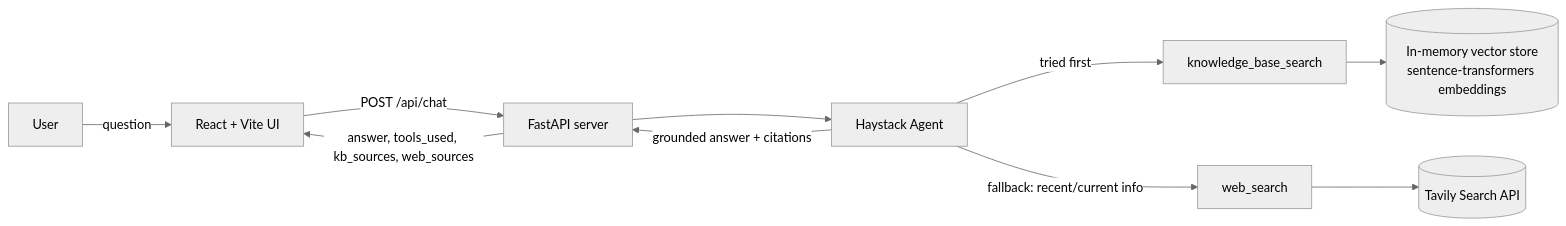
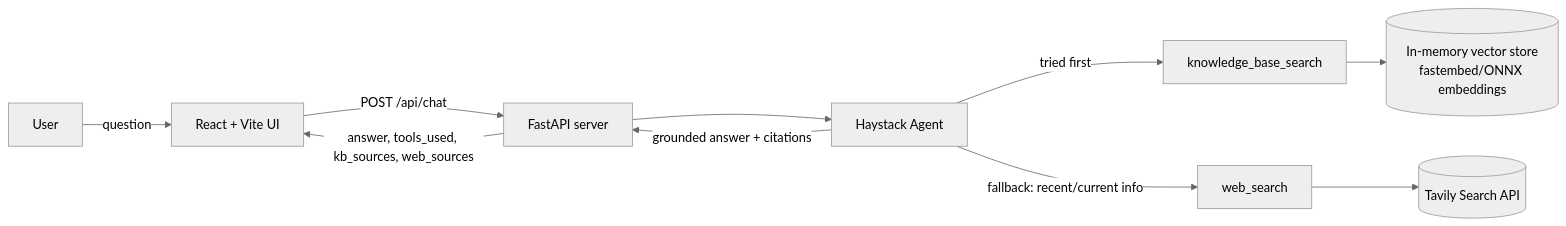
One commit to Vivek151003/agentic-rag-web-assistant changed the diagram in README.md. Above: the diagram before and after it, drawn with Mermaid (neutral theme). The commit also changed other lines of this file and 6 other files, not shown here.

First line of the commit message:
Replace torch-based embeddings with fastembed to fix Render OOM

````diff
--- a/README.md
+++ b/README.md
@@ -12,12 +12,12 @@
 ```mermaid
 flowchart LR
     U[User] -->|question| FE[React + Vite UI]
     FE -->|POST /api/chat| API[FastAPI server]
     API --> AG[Haystack Agent]
     AG -->|tried first| KB[knowledge_base_search]
     AG -->|fallback: recent/current info| WEB[web_search]
-    KB --> STORE[(In-memory vector store<br/>sentence-transformers embeddings)]
+    KB --> STORE[(In-memory vector store<br/>fastembed/ONNX embeddings)]
     WEB --> TAVILY[(Tavily Search API)]
     AG -->|grounded answer + citations| API
     API -->|answer, tools_used, kb_sources, web_sources| FE
 ```
````
